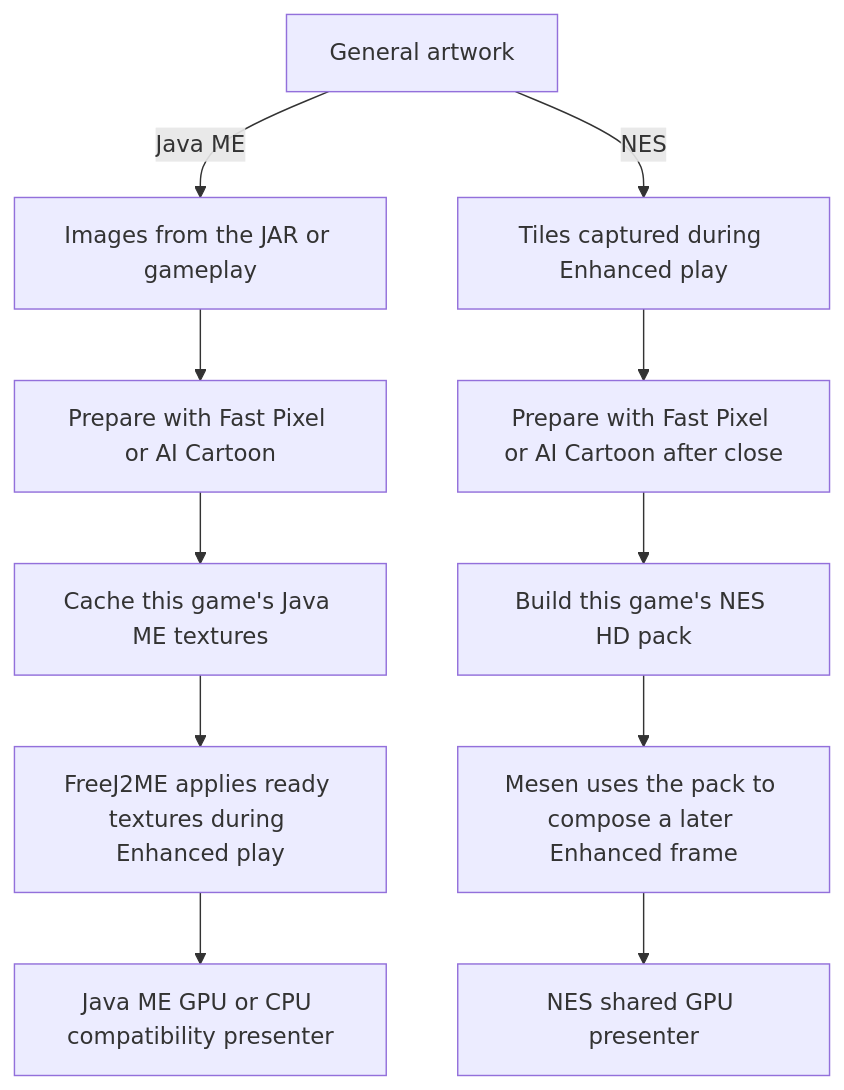
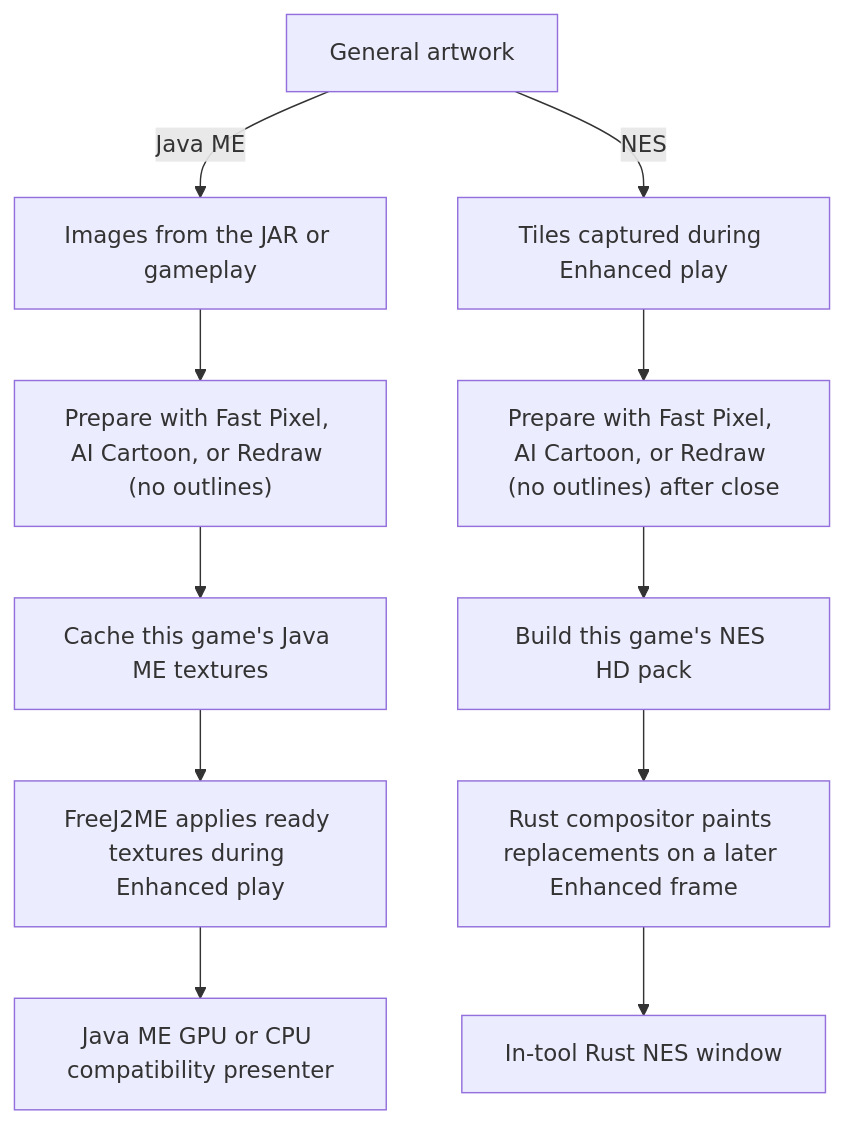
One commit to vishal-vs-1/Pixel-Revival changed the first of 2 diagrams in docs/PROJECT_FLOW.md. Above: the diagram before and after it, drawn with Mermaid. The commit also changed other lines of this file and 173 other files, not shown here.

First line of the commit message:
Complete Rust NES player and remove managed Mesen stack

```diff
--- a/docs/PROJECT_FLOW.md
+++ b/docs/PROJECT_FLOW.md
@@ -11,13 +11,13 @@
 ~~~mermaid
 flowchart TD
     A["General artwork"] -->|Java ME| J["Images from the JAR or gameplay"]
     A -->|NES| N["Tiles captured during Enhanced play"]
-    J --> JR["Prepare with Fast Pixel or AI Cartoon"]
+    J --> JR["Prepare with Fast Pixel, AI Cartoon, or Redraw (no outlines)"]
     JR --> JC["Cache this game's Java ME textures"]
     JC --> JP["FreeJ2ME applies ready textures during Enhanced play"]
     JP --> JD["Java ME GPU or CPU compatibility presenter"]
-    N --> NR["Prepare with Fast Pixel or AI Cartoon after close"]
+    N --> NR["Prepare with Fast Pixel, AI Cartoon, or Redraw (no outlines) after close"]
     NR --> NP["Build this game's NES HD pack"]
-    NP --> NN["Mesen uses the pack to compose a later Enhanced frame"]
-    NN --> ND["NES shared GPU presenter"]
+    NP --> NN["Rust compositor paints replacements on a later Enhanced frame"]
+    NN --> ND["In-tool Rust NES window"]
 ~~~
```
